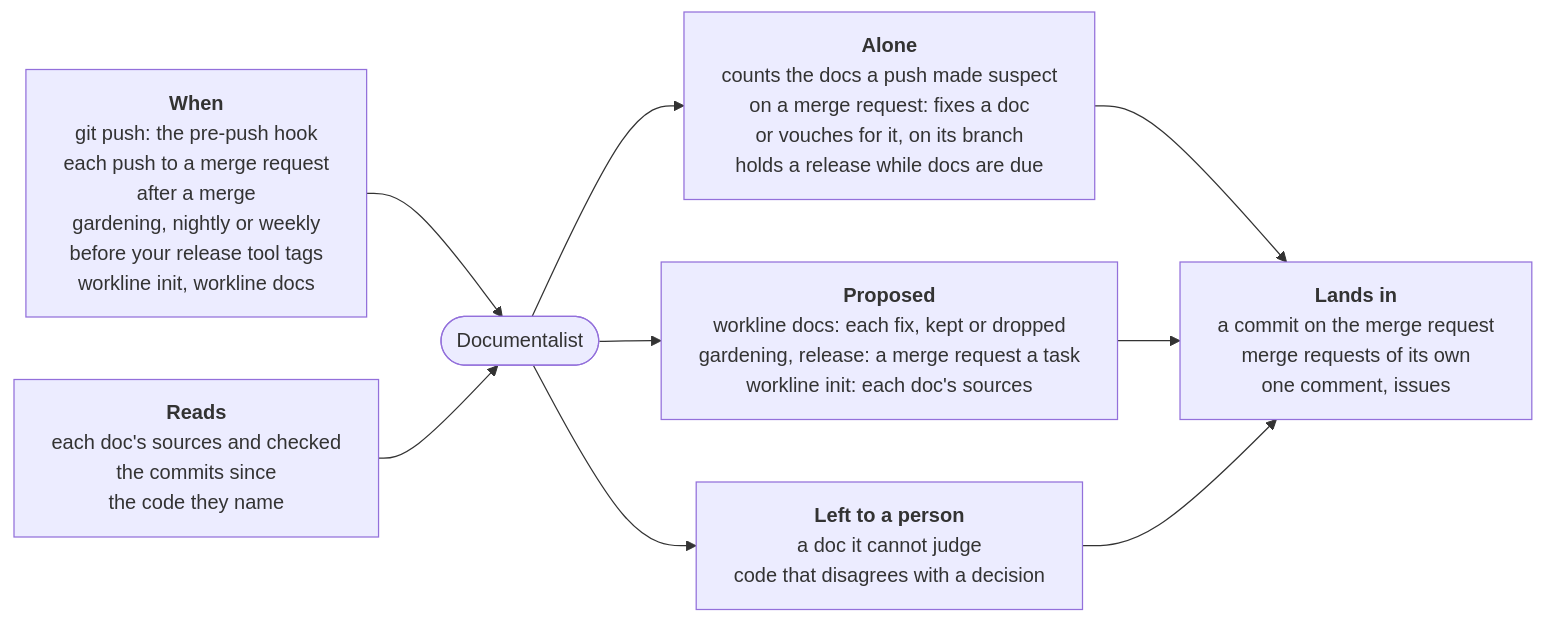
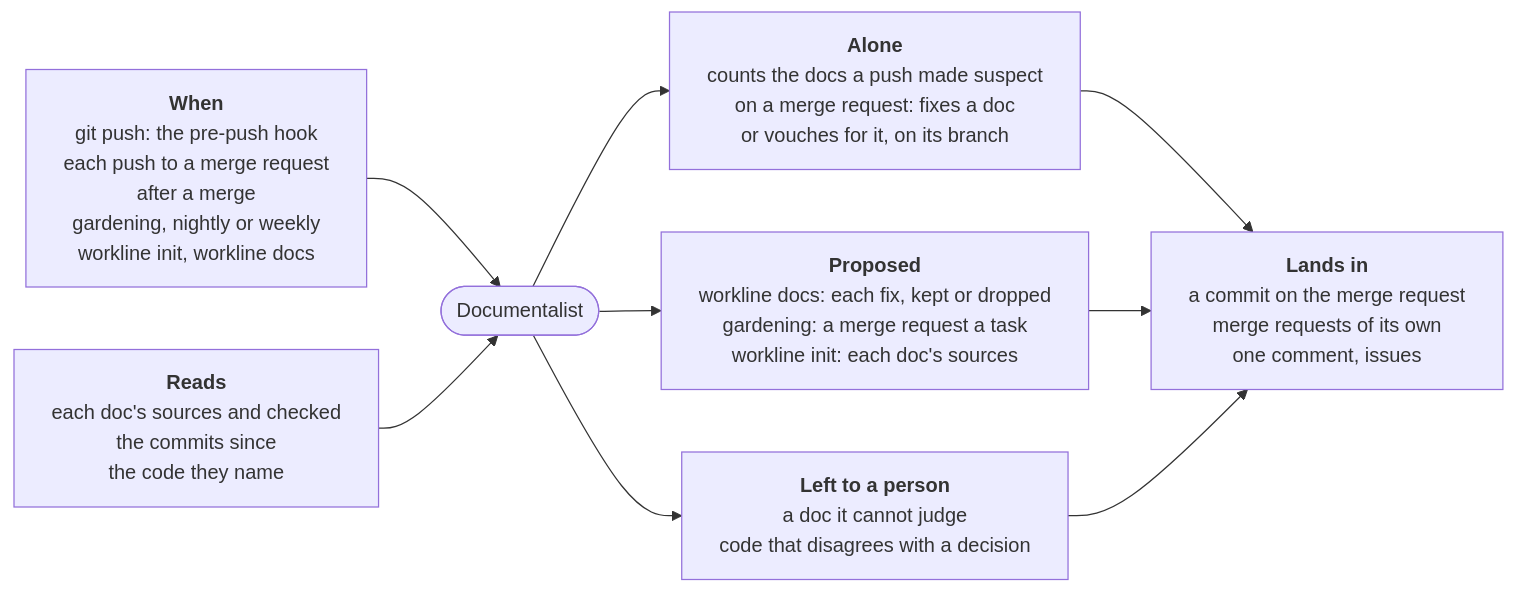
One commit to JN0V/workline changed the diagram in roles/documentalist/README.md. Above: the diagram before and after it, drawn with Mermaid. The commit also changed other lines of this file and 190 other files, not shown here.

````diff
--- a/roles/documentalist/README.md
+++ b/roles/documentalist/README.md
@@ -9,16 +9,16 @@
 ```mermaid
 %%{init: {"flowchart": {"wrappingWidth": 400}}}%%
 flowchart LR
-  when["<b>When</b><br/>git push: the pre-push hook<br/>each push to a merge request<br/>after a merge<br/>gardening, nightly or weekly<br/>before your release tool tags<br/>workline init, workline docs"]
+  when["<b>When</b><br/>git push: the pre-push hook<br/>each push to a merge request<br/>after a merge<br/>gardening, nightly or weekly<br/>workline init, workline docs"]
   reads["<b>Reads</b><br/>each doc's sources and checked<br/>the commits since<br/>the code they name"]
   role(["Documentalist"])
-  alone["<b>Alone</b><br/>counts the docs a push made suspect<br/>on a merge request: fixes a doc<br/>or vouches for it, on its branch<br/>holds a release while docs are due"]
-  proposed["<b>Proposed</b><br/>workline docs: each fix, kept or dropped<br/>gardening, release: a merge request a task<br/>workline init: each doc's sources"]
+  alone["<b>Alone</b><br/>counts the docs a push made suspect<br/>on a merge request: fixes a doc<br/>or vouches for it, on its branch"]
+  proposed["<b>Proposed</b><br/>workline docs: each fix, kept or dropped<br/>gardening: a merge request a task<br/>workline init: each doc's sources"]
   person["<b>Left to a person</b><br/>a doc it cannot judge<br/>code that disagrees with a decision"]
   out["<b>Lands in</b><br/>a commit on the merge request<br/>merge requests of its own<br/>one comment, issues"]
   when --> role
   reads --> role
   role --> alone --> out
   role --> proposed --> out
   role --> person --> out
 ```
````
